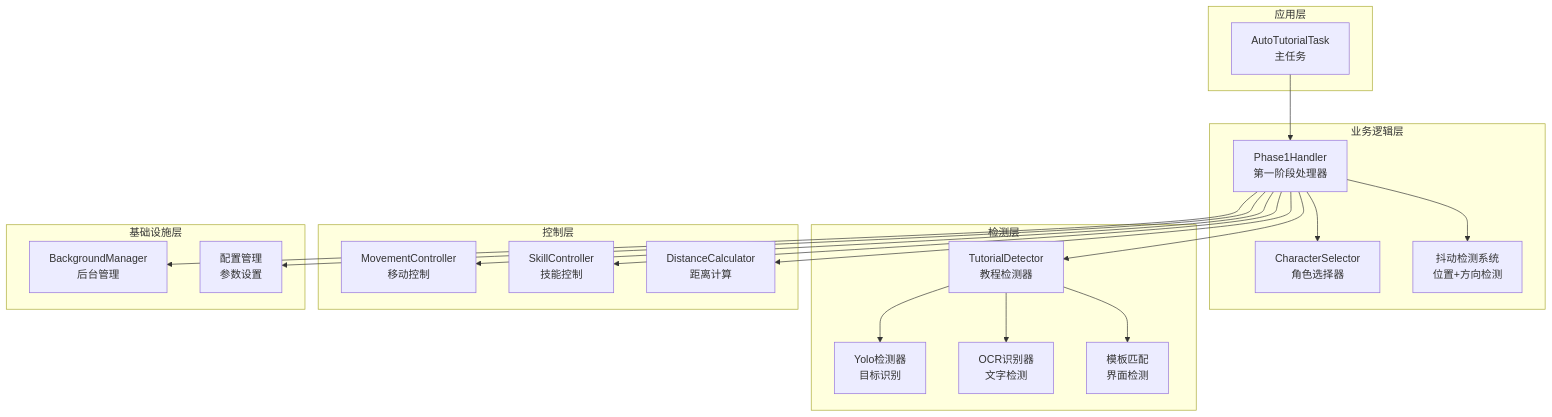
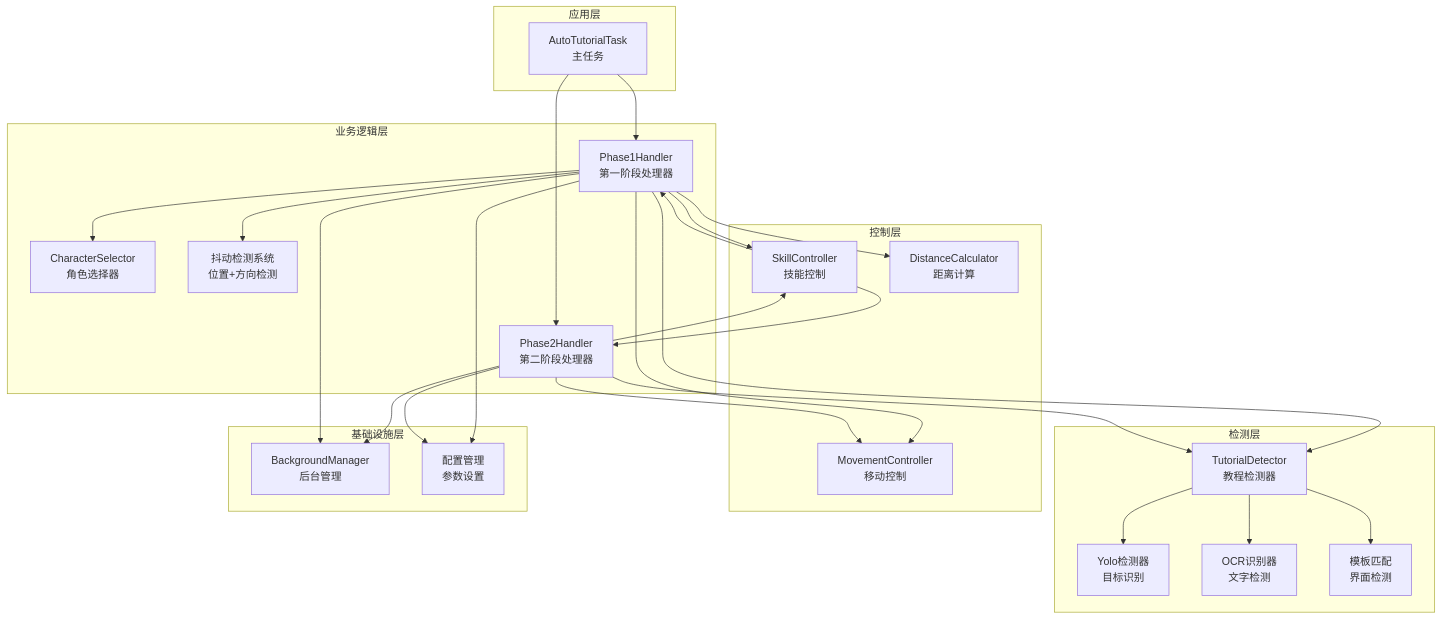
Before and after one commit to xsy098-max/ok-jump: the third of 6 diagrams in .qoder/repowiki/zh/content/Tutorial Phase1 Handler.md, drawn with Mermaid. The commit also changed other lines of this file and 17 other files, not shown here.

````diff
--- a/.qoder/repowiki/zh/content/Tutorial Phase1 Handler.md
+++ b/.qoder/repowiki/zh/content/Tutorial Phase1 Handler.md
@@ -160,38 +203,47 @@
 ```mermaid
 graph TB
 subgraph "应用层"
 AT[AutoTutorialTask<br/>主任务]
 end
 subgraph "业务逻辑层"
 PH[Phase1Handler<br/>第一阶段处理器]
+PH2[Phase2Handler<br/>第二阶段处理器]
 CS[CharacterSelector<br/>角色选择器]
 JDS[抖动检测系统<br/>位置+方向检测]
 end
 subgraph "检测层"
 TD[TutorialDetector<br/>教程检测器]
 YOLO[Yolo检测器<br/>目标识别]
 OCR[OCR识别器<br/>文字检测]
 TM[模板匹配<br/>界面检测]
 end
 subgraph "控制层"
 MC[MovementController<br/>移动控制]
 SC[SkillController<br/>技能控制]
 DC[DistanceCalculator<br/>距离计算]
 end
 subgraph "基础设施层"
 BM[BackgroundManager<br/>后台管理]
 CFG[配置管理<br/>参数设置]
 end
 AT --> PH
+AT --> PH2
 PH --> CS
 PH --> TD
 PH --> JDS
 PH --> MC
 PH --> SC
 PH --> DC
+PH2 --> TD
+PH2 --> SC
+PH2 --> MC
+PH2 --> BM
 TD --> YOLO
 TD --> OCR
 TD --> TM
 PH --> BM
 PH --> CFG
+PH2 --> CFG
+SC --> PH
+SC --> PH2
 ```
````
